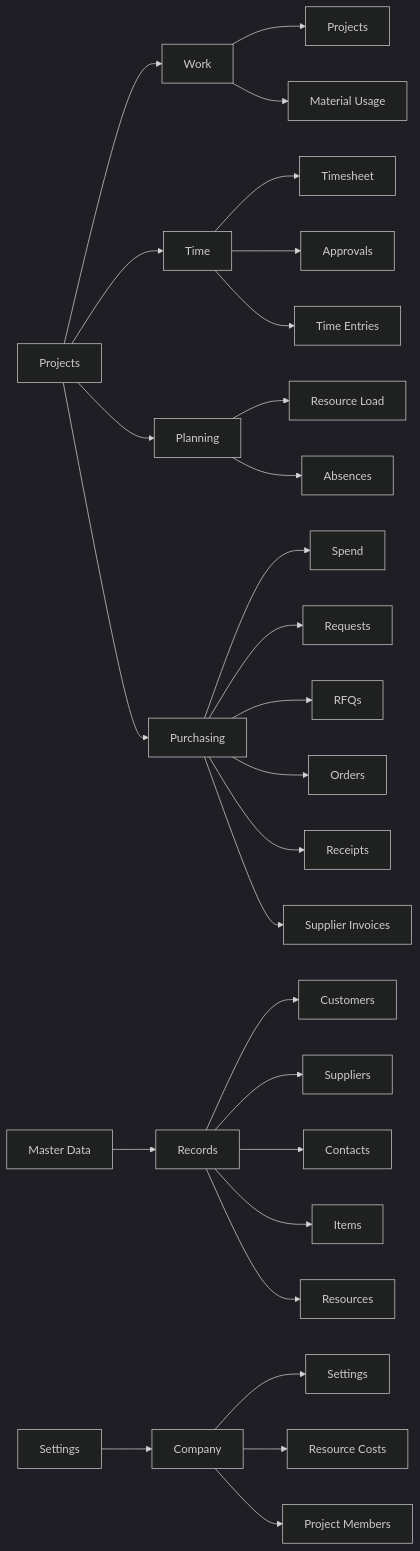
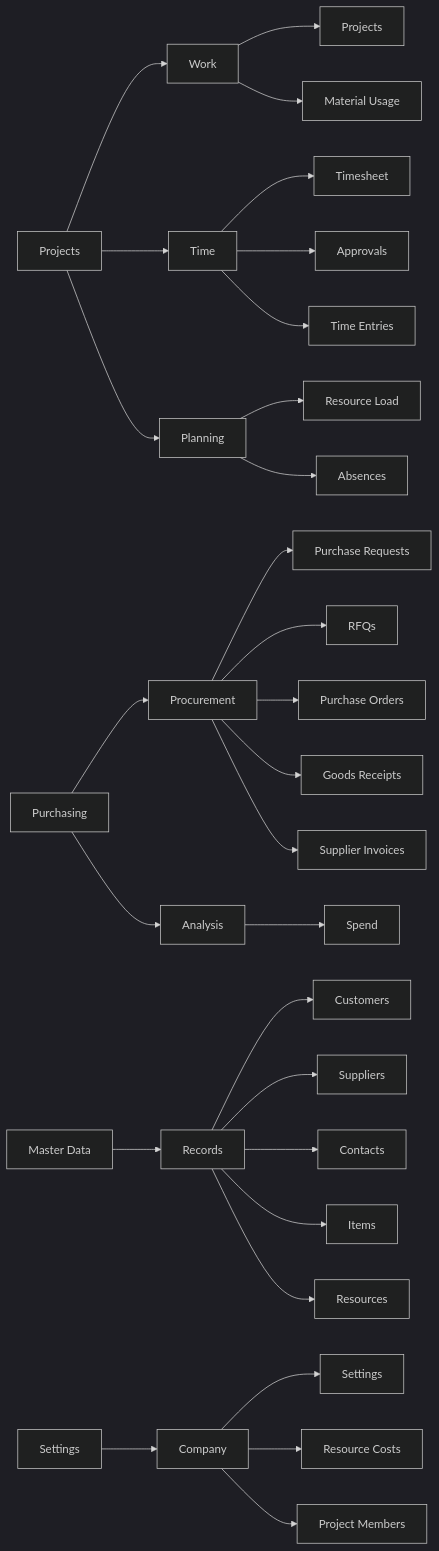
The seventh of 7 diagrams in docs/data-model.md (Power-Builders-Italia/ProjectIQ), drawn with Mermaid (dark theme) before and after one commit. The commit also changed 47 other files, not shown here.

````diff
--- a/docs/data-model.md
+++ b/docs/data-model.md
@@ -248,9 +248,10 @@
 ```mermaid
 flowchart LR
   P[Projects] --> W[Work] --> PR[Projects] & MU[Material Usage]
   P --> T[Time] --> TS[Timesheet] & AP[Approvals] & TE[Time Entries]
   P --> PL[Planning] --> RL[Resource Load] & AB[Absences]
-  P --> PU[Purchasing] --> SP[Spend] & RQ[Requests] & RF[RFQs] & PO[Orders] & GR[Receipts] & IN[Supplier Invoices]
+  U[Purchasing] --> PC[Procurement] --> RQ[Purchase Requests] & RF[RFQs] & PO[Purchase Orders] & GR[Goods Receipts] & IN[Supplier Invoices]
+  U --> AN[Analysis] --> SP[Spend]
   M[Master Data] --> R[Records] --> C1[Customers] & C2[Suppliers] & C3[Contacts] & C4[Items] & C5[Resources]
   S[Settings] --> CO[Company] --> S1[Settings] & S2[Resource Costs] & S3[Project Members]
 ```
````
